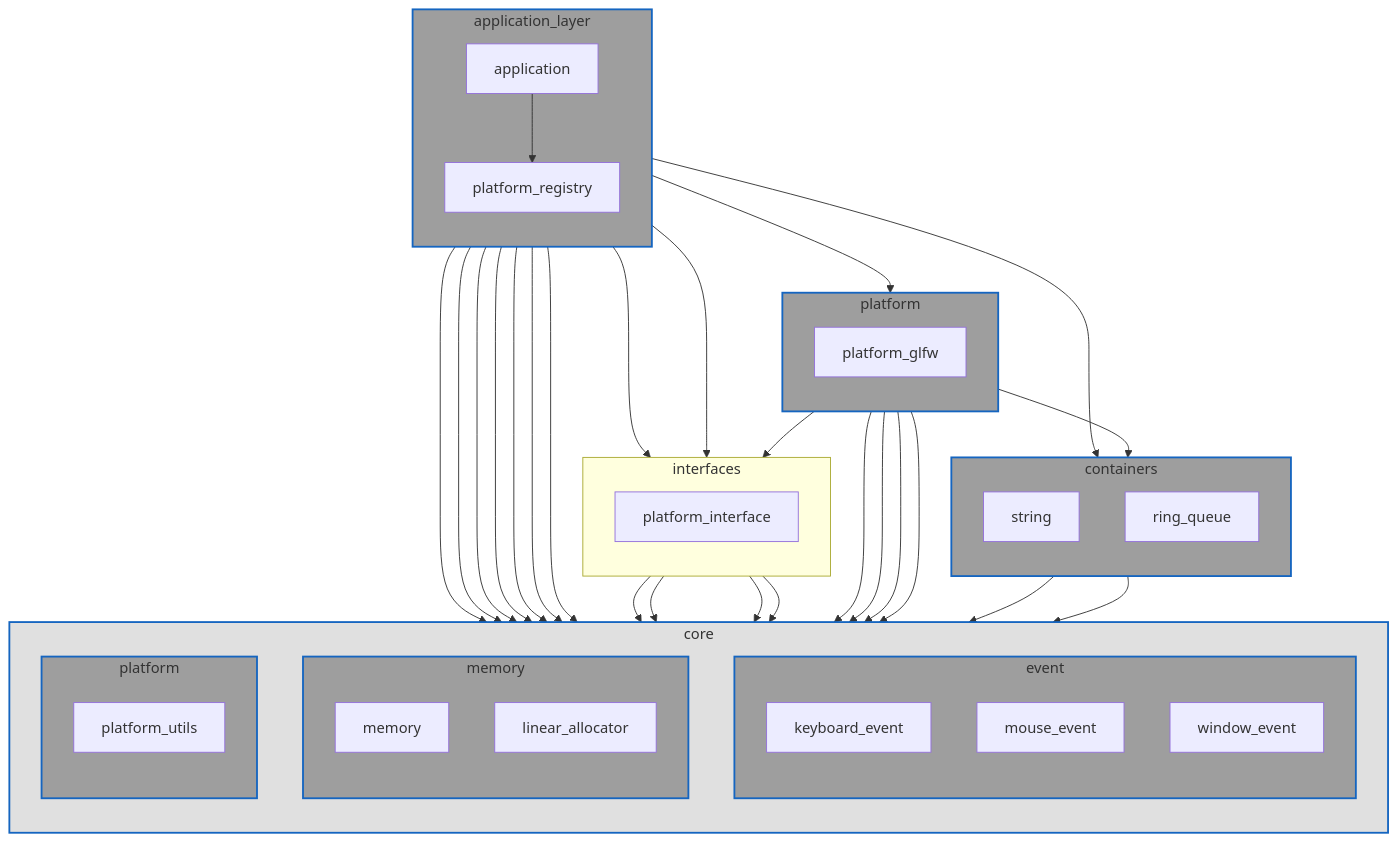
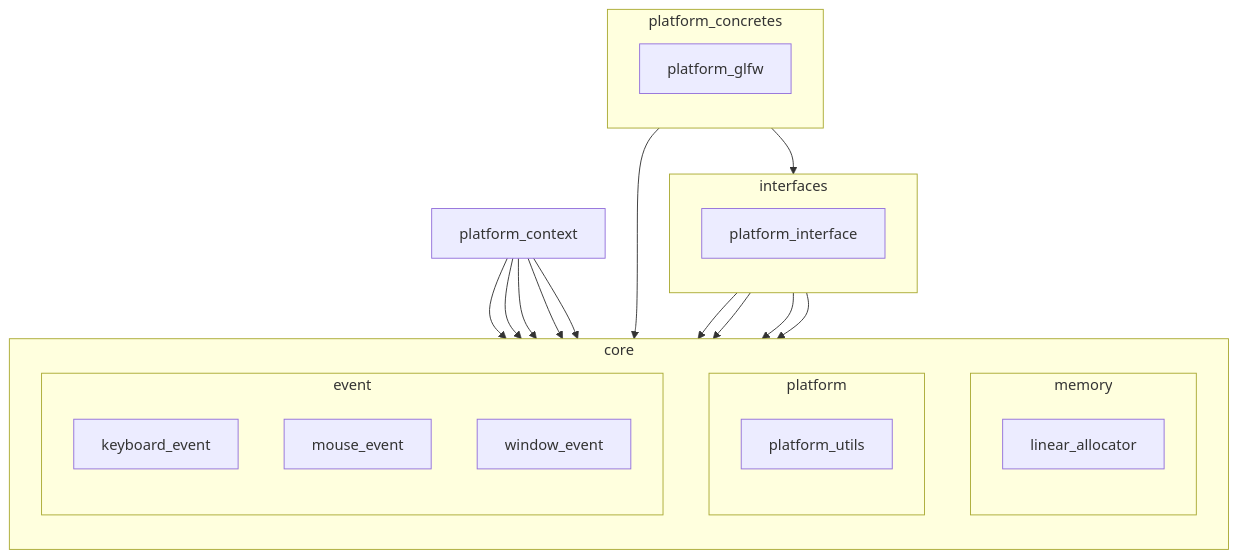
One commit to chocolate-pie24/gl_choco_engine changed the first of 2 diagrams in docs/layer.md. Above: the diagram before and after it, drawn with Mermaid. The commit also changed other lines of this file and 52 other files, not shown here.

````diff
--- a/docs/layer.md
+++ b/docs/layer.md
@@ -77,111 +7,49 @@
 ```mermaid
 graph TD
-  %% subgraph BASE[base]
-  %%   direction TB
-  %%   MACROS[macros]
-  %%   MESSAGE[message]
-  %% end
-  %% style BASE fill:#9E9E9E,stroke:#1565C0,stroke-width:2px
-
-  %% core/containers
-  subgraph CORE_CONTAINERS[containers]
-    direction TB
-    STRING[string]
-    RING_QUEUE[ring_queue]
-  end
-  style CORE_CONTAINERS fill:#9E9E9E,stroke:#1565C0,stroke-width:2px
-
-  %% core/event
-  subgraph CORE_EVENT[event]
-    direction TB
-    KEYBOARD_EVENT[keyboard_event]
-    MOUSE_EVENT[mouse_event]
-    WINDOW_EVENT[window_event]
-  end
-  style CORE_EVENT fill:#9E9E9E,stroke:#1565C0,stroke-width:2px
-
-  %% core/memory
-  subgraph CORE_MEMORY[memory]
-    direction TB
-    MEMORY[memory]
-    LINEAR_ALLOCATOR[linear_allocator]
-  end
-  style CORE_MEMORY fill:#9E9E9E,stroke:#1565C0,stroke-width:2px
-
-  %% core/platform
-  subgraph CORE_PLATFORM[platform]
-    direction TB
-    PLATFORM_UTILS[platform_utils]
-  end
-  style CORE_PLATFORM fill:#9E9E9E,stroke:#1565C0,stroke-width:2px
-
-  %% core
   subgraph CORE[core]
     direction TB
-    CORE_EVENT[event]
-    CORE_MEMORY[memory]
-    CORE_PLATFORM[platform]
+
+    subgraph MEMORY[memory]
+      direction TB
+      LINEAR_ALLOCATOR[linear_allocator]
+    end
+
+    subgraph PLATFORM[platform]
+      direction TB
+      PLATFORM_UTILS[platform_utils]
+    end
+
+    subgraph EVENT[event]
+      direction TB
+      KEYBOARD_EVENT[keyboard_event]
+      MOUSE_EVENT[mouse_event]
+      WINDOW_EVENT[window_event]
+    end
   end
-  style CORE fill:#E0E0E0,stroke:#1565C0,stroke-width:2px
 
-  %% platform
-  subgraph PLATFORM[platform]
-    direction TB
-    PLATFORM_GLFW[platform_glfw]
-  end
-  style PLATFORM fill:#9E9E9E,stroke:#1565C0,stroke-width:2px
-
-  %% interfaces
   subgraph INTERFACES[interfaces]
     direction TB
     PLATFORM_INTERFACE[platform_interface]
   end
-  style PLATFORM fill:#9E9E9E,stroke:#1565C0,stroke-width:2px
 
-  %% application
-  subgraph APPLICATION_LAYER[application_layer]
+  subgraph PLATFORM_CONCRETES[platform_concretes]
     direction TB
-    APPLICATION[application]
-    PLATFORM_REGISTRY[platform_registry]
+    PLATFORM_GLFW[platform_glfw]
   end
-  style APPLICATION_LAYER fill:#9E9E9E,stroke:#1565C0,stroke-width:2px
 
-
-  STRING --> MEMORY
-  %% STRING --> MACROS
-  %% STRING --> MESSAGE
-
-  RING_QUEUE --> MEMORY
-  %% RING_QUEUE --> MACROS
-  %% RING_QUEUE --> MESSAGE
+  PLATFORM_CONTEXT[platform_context]
 
   PLATFORM_INTERFACE --> PLATFORM_UTILS
   PLATFORM_INTERFACE --> KEYBOARD_EVENT
   PLATFORM_INTERFACE --> MOUSE_EVENT
   PLATFORM_INTERFACE --> WINDOW_EVENT
 
-  %% PLATFORM_GLFW --> MACROS
-  %% PLATFORM_GLFW --> MESSAGE
   PLATFORM_GLFW --> PLATFORM_UTILS
-  PLATFORM_GLFW --> KEYBOARD_EVENT
-  PLATFORM_GLFW --> MOUSE_EVENT
-  PLATFORM_GLFW --> WINDOW_EVENT
-  PLATFORM_GLFW --> STRING
   PLATFORM_GLFW --> PLATFORM_INTERFACE
 
-  PLATFORM_REGISTRY --> PLATFORM_INTERFACE
-  PLATFORM_REGISTRY --> PLATFORM_GLFW
-  PLATFORM_REGISTRY --> PLATFORM_UTILS
-
-  APPLICATION --> PLATFORM_REGISTRY
-  %% APPLICATION --> MACROS
-  %% APPLICATION --> MESSAGE
-  APPLICATION --> MEMORY
-  APPLICATION --> LINEAR_ALLOCATOR
-  APPLICATION --> KEYBOARD_EVENT
-  APPLICATION --> MOUSE_EVENT
-  APPLICATION --> WINDOW_EVENT
-  APPLICATION --> PLATFORM_UTILS
-  APPLICATION --> RING_QUEUE
-  APPLICATION --> PLATFORM_INTERFACE
+  PLATFORM_CONTEXT --> PLATFORM_UTILS
+  PLATFORM_CONTEXT --> LINEAR_ALLOCATOR
+  PLATFORM_CONTEXT --> KEYBOARD_EVENT
+  PLATFORM_CONTEXT --> MOUSE_EVENT
+  PLATFORM_CONTEXT --> WINDOW_EVENT
 ```
````
